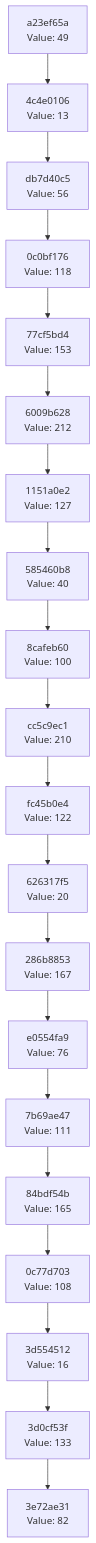
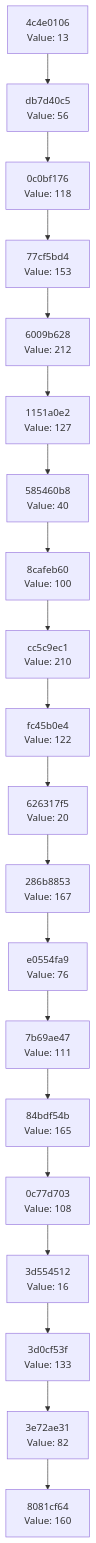
One commit to Abhisheksinha1506/hash-chain-evolver changed the diagram in docs/CHAIN_VISUALIZATION.md. Above: the diagram before and after it, drawn with Mermaid. The commit also changed 3 other files, not shown here.

````diff
--- a/docs/CHAIN_VISUALIZATION.md
+++ b/docs/CHAIN_VISUALIZATION.md
@@ -3,42 +3,42 @@
 ```mermaid
 graph TD
-    C0["3e72ae31<br/>Value: 82"]
-    C1["3d0cf53f<br/>Value: 133"]
+    C0["8081cf64<br/>Value: 160"]
+    C1["3e72ae31<br/>Value: 82"]
     C1 --> C0
-    C2["3d554512<br/>Value: 16"]
+    C2["3d0cf53f<br/>Value: 133"]
     C2 --> C1
-    C3["0c77d703<br/>Value: 108"]
+    C3["3d554512<br/>Value: 16"]
     C3 --> C2
-    C4["84bdf54b<br/>Value: 165"]
+    C4["0c77d703<br/>Value: 108"]
     C4 --> C3
-    C5["7b69ae47<br/>Value: 111"]
+    C5["84bdf54b<br/>Value: 165"]
     C5 --> C4
-    C6["e0554fa9<br/>Value: 76"]
+    C6["7b69ae47<br/>Value: 111"]
     C6 --> C5
-    C7["286b8853<br/>Value: 167"]
+    C7["e0554fa9<br/>Value: 76"]
     C7 --> C6
-    C8["626317f5<br/>Value: 20"]
+    C8["286b8853<br/>Value: 167"]
     C8 --> C7
-    C9["fc45b0e4<br/>Value: 122"]
+    C9["626317f5<br/>Value: 20"]
     C9 --> C8
-    C10["cc5c9ec1<br/>Value: 210"]
+    C10["fc45b0e4<br/>Value: 122"]
     C10 --> C9
-    C11["8cafeb60<br/>Value: 100"]
+    C11["cc5c9ec1<br/>Value: 210"]
     C11 --> C10
-    C12["585460b8<br/>Value: 40"]
+    C12["8cafeb60<br/>Value: 100"]
     C12 --> C11
-    C13["1151a0e2<br/>Value: 127"]
+    C13["585460b8<br/>Value: 40"]
     C13 --> C12
-    C14["6009b628<br/>Value: 212"]
+    C14["1151a0e2<br/>Value: 127"]
     C14 --> C13
-    C15["77cf5bd4<br/>Value: 153"]
+    C15["6009b628<br/>Value: 212"]
     C15 --> C14
-    C16["0c0bf176<br/>Value: 118"]
+    C16["77cf5bd4<br/>Value: 153"]
     C16 --> C15
-    C17["db7d40c5<br/>Value: 56"]
+    C17["0c0bf176<br/>Value: 118"]
     C17 --> C16
-    C18["4c4e0106<br/>Value: 13"]
+    C18["db7d40c5<br/>Value: 56"]
     C18 --> C17
-    C19["a23ef65a<br/>Value: 49"]
+    C19["4c4e0106<br/>Value: 13"]
     C19 --> C18
 ```
````
